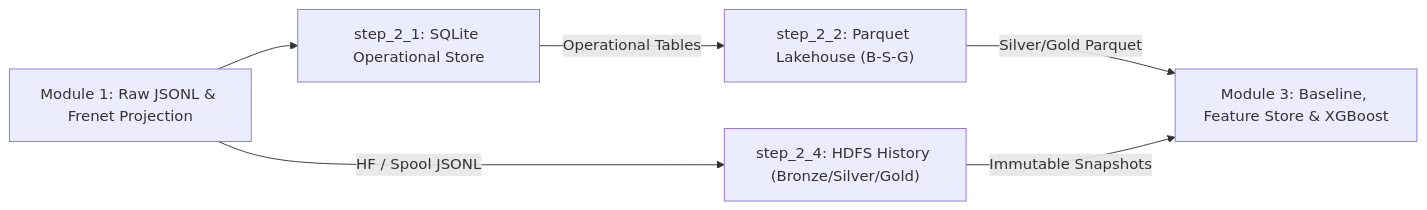
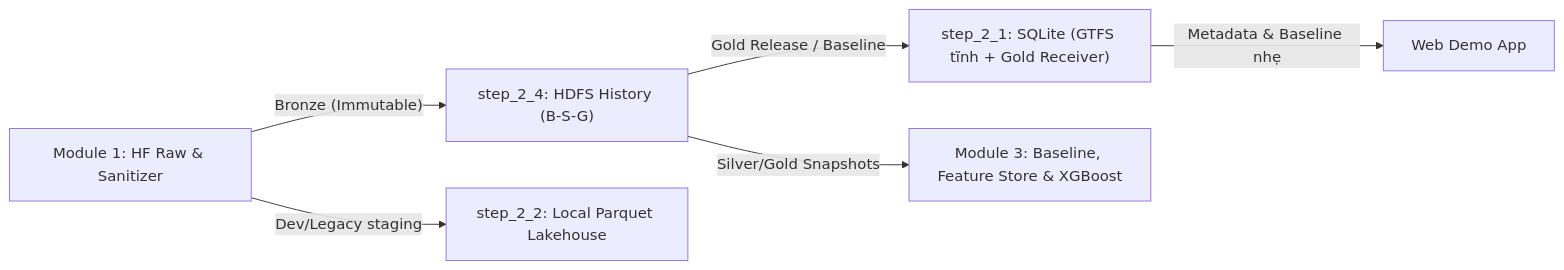
Before and after one commit to toibinguz/Bus_tracking: the diagram in module_2_big_data_storage_and_lakehouse/README.md, drawn with Mermaid. The commit also changed other lines of this file and 12 other files, not shown here.

Commit message:
docs: remove script wrapper references and clarify HDFS primary storage vs lightweight SQLite role

````diff
--- a/module_2_big_data_storage_and_lakehouse/README.md
+++ b/module_2_big_data_storage_and_lakehouse/README.md
@@ -9,8 +9,8 @@
 ```mermaid
 flowchart LR
-    M1["Module 1: Raw JSONL & Frenet Projection"] --> S21["step_2_1: SQLite Operational Store"]
-    S21 -->|"Operational Tables"| S22["step_2_2: Parquet Lakehouse (B-S-G)"]
-    M1 -->|"HF / Spool JSONL"| S24["step_2_4: HDFS History (Bronze/Silver/Gold)"]
-    S22 -->|"Silver/Gold Parquet"| M3["Module 3: Baseline, Feature Store & XGBoost"]
-    S24 -->|"Immutable Snapshots"| M3
+    M1["Module 1: HF Raw & Sanitizer"] -->|"Bronze (Immutable)"| S24["step_2_4: HDFS History (B-S-G)"]
+    S24 -->|"Gold Release / Baseline"| S21["step_2_1: SQLite (GTFS tĩnh + Gold Receiver)"]
+    M1 -->|"Dev/Legacy staging"| S22["step_2_2: Local Parquet Lakehouse"]
+    S24 -->|"Silver/Gold Snapshots"| M3["Module 3: Baseline, Feature Store & XGBoost"]
+    S21 -->|"Metadata & Baseline nhẹ"| WEB["Web Demo App"]
 ```
````
